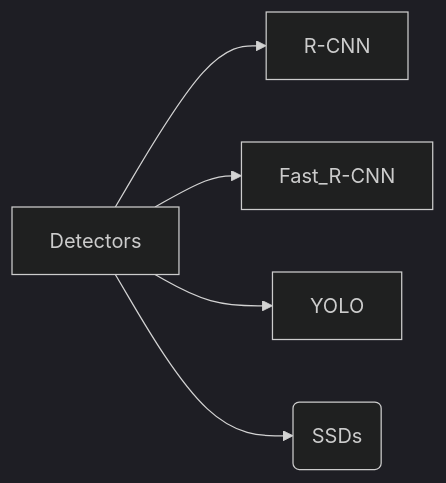
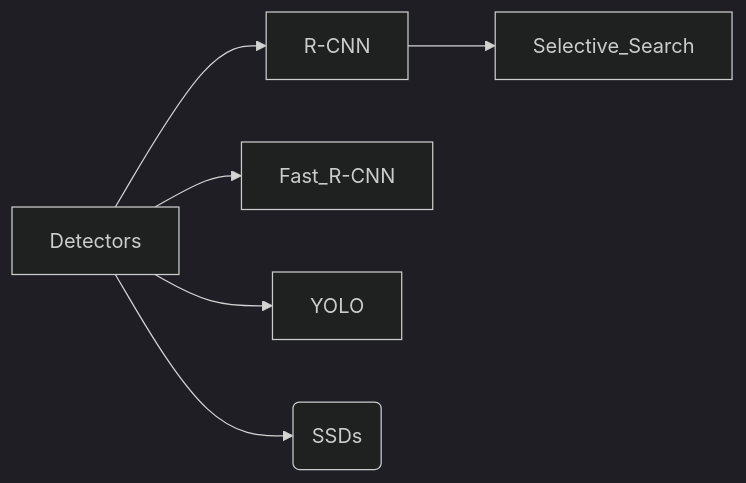
The diagram in 02 Coding/Machine Learning/Object Detection.md (aruncs31s/Notes), drawn with Mermaid (dark theme) before and after one commit.

Commit message:
update Thu Jan 30 01:00:00 AM IST 2025

````diff
--- a/02 Coding/Machine Learning/Object Detection.md
+++ b/02 Coding/Machine Learning/Object Detection.md
@@ -20,4 +20,5 @@
 ```mermaid
 graph LR
 Detectors --> R-CNN & Fast_R-CNN & YOLO & Single_Short_Detector(SSDs)
+R-CNN --> Selective_Search
 ```
````
